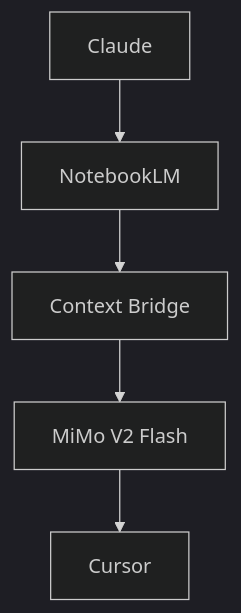
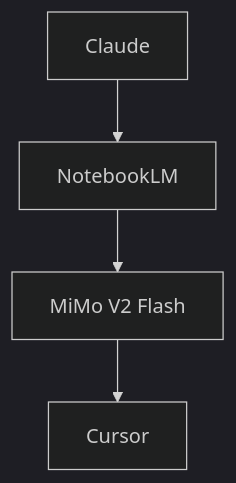
Before and after one commit to DynamicKarabo/DynamicKarabo: the diagram in myworkflow/workflow.md, drawn with Mermaid (dark theme). The commit also changed other lines of this file, not shown here.

First line of the commit message:
Revise workflow to 4-layer system and update diagram

````diff
--- a/myworkflow/workflow.md
+++ b/myworkflow/workflow.md
@@ -29,7 +28,6 @@
 ```mermaid
 flowchart TD
   A[Claude] --> B[NotebookLM]
-  B --> C[Context Bridge]
-  C --> D[MiMo V2 Flash]
-  D --> E[Cursor]
+  B --> C[MiMo V2 Flash]
+  C --> D[Cursor]
 ```
````
